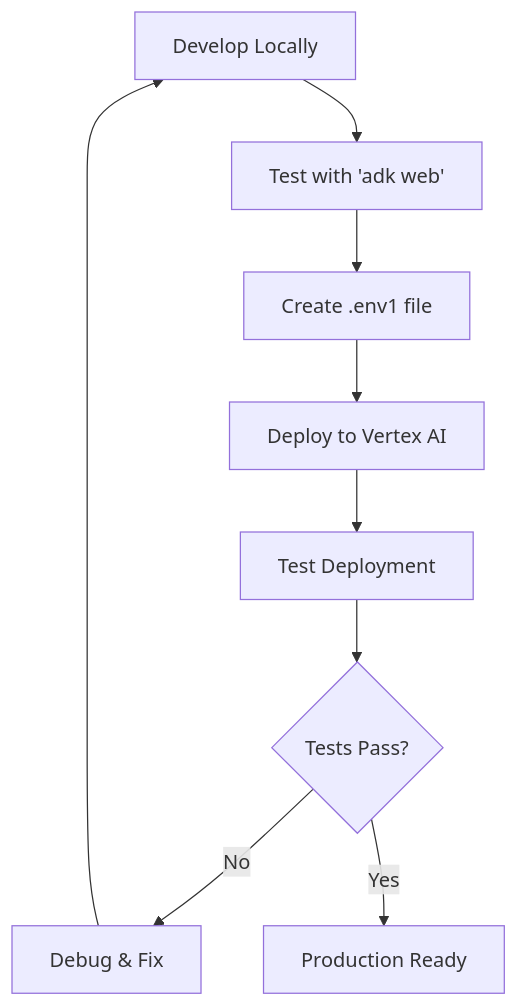
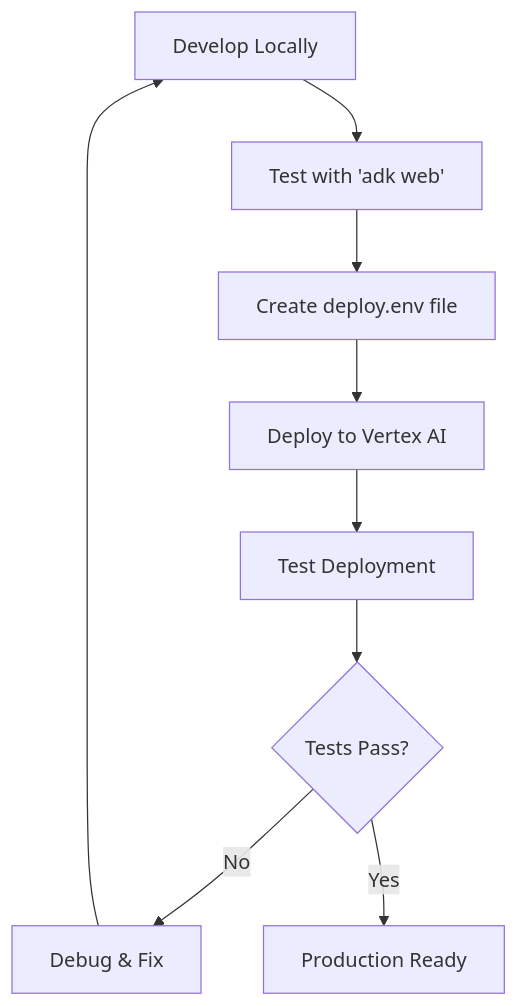
One commit to krupagaliya/MediMind-AI-Agent changed the diagram in deploy_guide.md. Above: the diagram before and after it, drawn with Mermaid. The commit also changed other lines of this file and 3 other files, not shown here.

````diff
--- a/deploy_guide.md
+++ b/deploy_guide.md
@@ -278,11 +281,11 @@
 ```mermaid
 graph TD
     A[Develop Locally] --> B[Test with 'adk web']
-    B --> C[Create .env1 file]
+    B --> C[Create deploy.env file]
     C --> D[Deploy to Vertex AI]
     D --> E[Test Deployment]
     E --> F{Tests Pass?}
     F -->|No| G[Debug & Fix]
     G --> A
     F -->|Yes| H[Production Ready]
 ```
````
